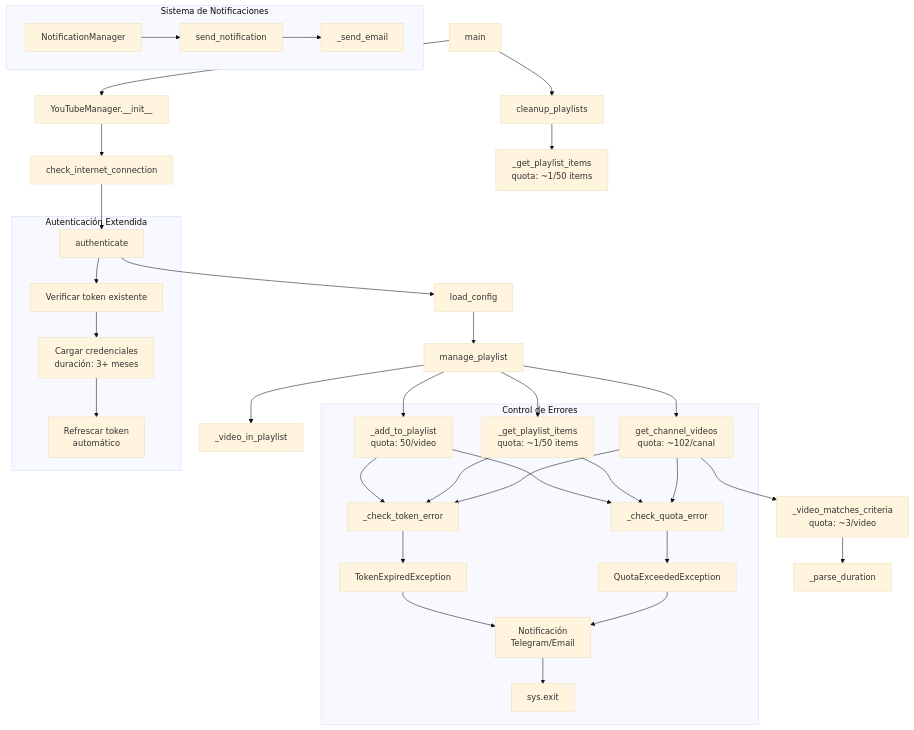
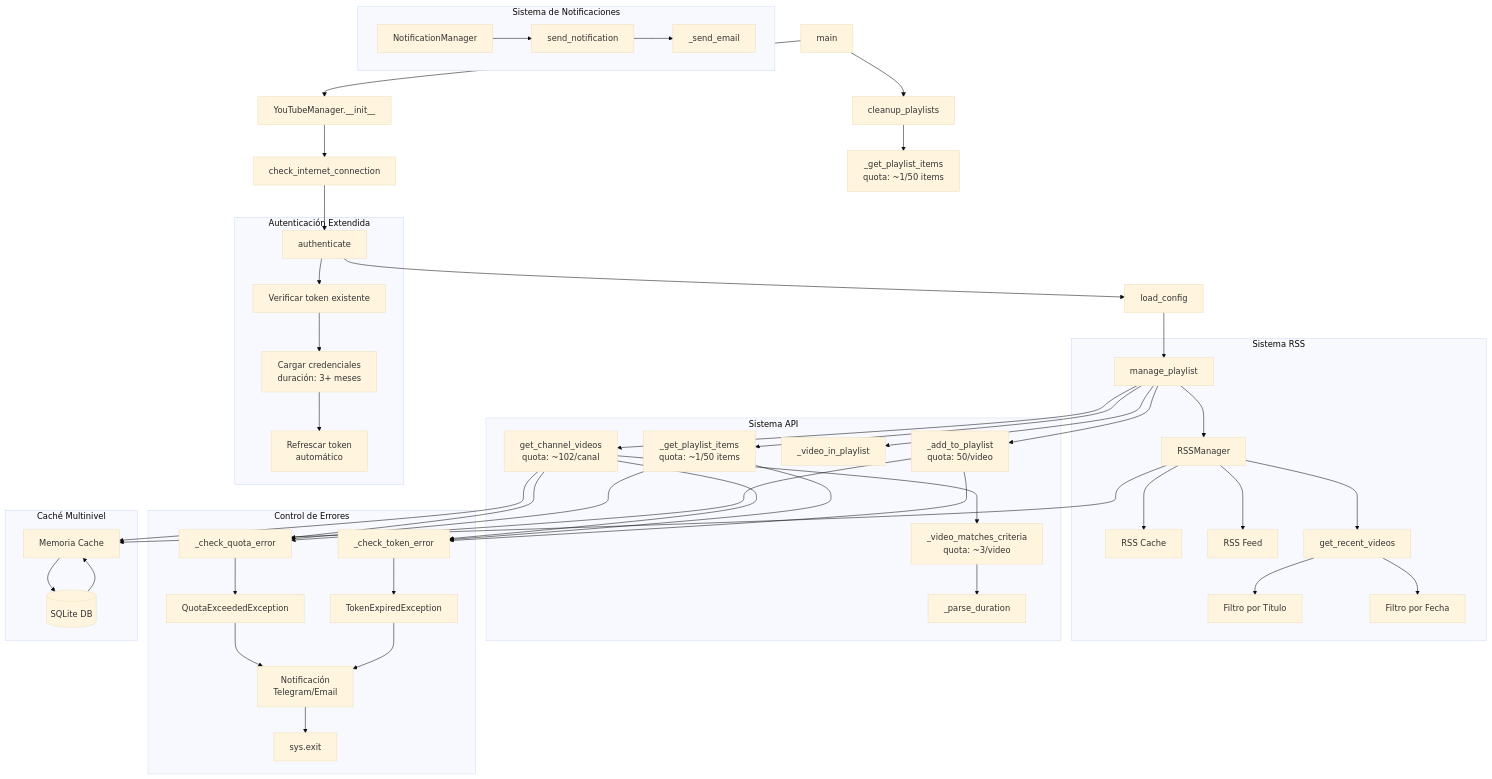
The diagram in README.md (hfsotomayor/YouTubeAutoList), drawn with Mermaid (base theme) before and after one commit. The commit also changed other lines of this file and 1 other file, not shown here.

Commit message:
se agrego los logs del uso de RSS y se actualizo el readme

````diff
--- a/README.md
+++ b/README.md
@@ -93,43 +93,72 @@
 ```mermaid
 graph TD
     A[main] --> B[YouTubeManager.__init__]
     B --> C[check_internet_connection]
     C --> D[authenticate]
     D --> E[load_config]
     E --> F[manage_playlist]
-    F --> G[get_channel_videos<br/>quota: ~102/canal]
-    G --> H[_video_matches_criteria<br/>quota: ~3/video]
-    H --> I[_parse_duration]
-    F --> J[_get_playlist_items<br/>quota: ~1/50 items]
-    F --> K[_video_in_playlist]
-    F --> L[_add_to_playlist<br/>quota: 50/video]
+
+    %% Sistema Híbrido RSS/API
+    subgraph "Sistema RSS"
+        RSS[RSSManager]
+        RC[RSS Cache]
+        RF[RSS Feed]
+        RSS --> RC
+        RSS --> RF
+        F --> RSS
+        RSS --> RV[get_recent_videos]
+        RV --> FT[Filtro por Título]
+        RV --> FD[Filtro por Fecha]
+    end
+
+    %% Sistema API
+    subgraph "Sistema API"
+        F --> G[get_channel_videos<br/>quota: ~102/canal]
+        G --> H[_video_matches_criteria<br/>quota: ~3/video]
+        H --> I[_parse_duration]
+        F --> J[_get_playlist_items<br/>quota: ~1/50 items]
+        F --> K[_video_in_playlist]
+        F --> L[_add_to_playlist<br/>quota: 50/video]
+    end
+
+    %% Sistema de Limpieza
     A --> M[cleanup_playlists]
     M --> N[_get_playlist_items<br/>quota: ~1/50 items]
     
     %% Manejo de Errores y Cuota
     subgraph "Control de Errores"
         QE[_check_quota_error]
         TE[_check_token_error]
         G --> QE & TE
         J --> QE & TE
         L --> QE & TE
         QE --> X[QuotaExceededException]
         TE --> Y[TokenExpiredException]
         X & Y --> Z[Notificación<br/>Telegram/Email]
         Z --> W[sys.exit]
     end
 
+    %% Sistema de Caché Multinivel
+    subgraph "Caché Multinivel"
+        DB[(SQLite DB)]
+        MC[Memoria Cache]
+        RSS --> MC
+        G --> MC
+        MC --> DB
+        DB --> MC
+    end
+
     subgraph "Autenticación Extendida"
         D --> U[Verificar token existente]
         U --> V[Cargar credenciales<br/>duración: 3+ meses]
         V --> R[Refrescar token<br/>automático]
     end
 
     subgraph "Sistema de Notificaciones"
         NA[NotificationManager]
         NB[send_notification]
         NC[_send_email]
         NA --> NB
         NB --> NC
     end
 ```
````
